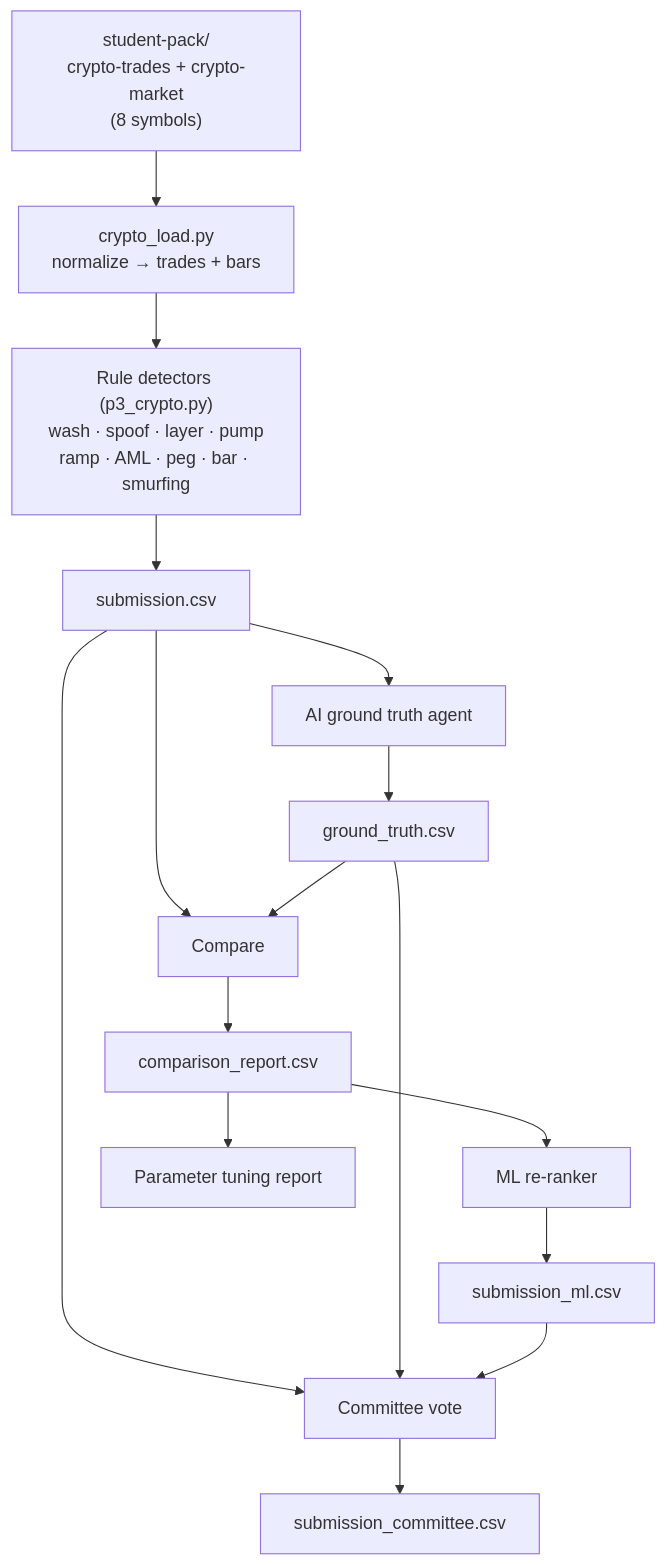
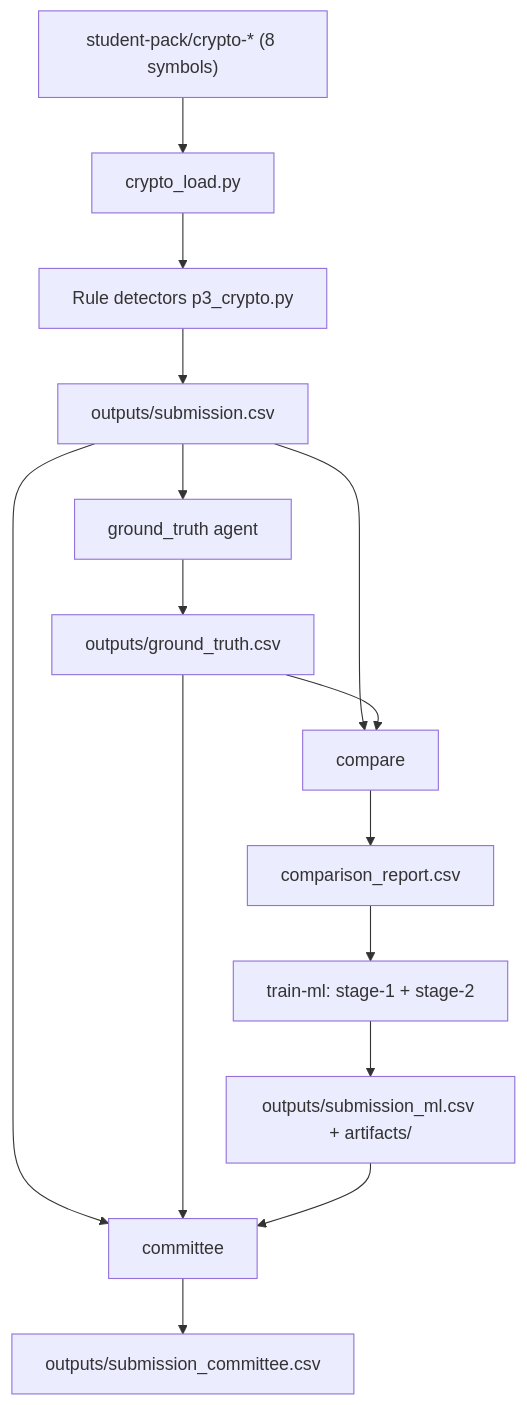
The third of 3 diagrams in README.md (Tirth-1999/trade-surveillance-platform), drawn with Mermaid before and after one commit. The commit also changed other lines of this file and 26 other files, not shown here.

````diff
--- a/README.md
+++ b/README.md
@@ -56,23 +70,22 @@
 ```mermaid
 flowchart TD
-  DATA["student-pack/<br/>crypto-trades + crypto-market<br/>(8 symbols)"]
-  LOAD[crypto_load.py<br/>normalize → trades + bars]
+  DATA["student-pack/crypto-* (8 symbols)"]
+  LOAD[crypto_load.py]
   DATA --> LOAD
-  LOAD --> R
+  LOAD --> R["Rule detectors p3_crypto.py"]
+  R --> SUB[outputs/submission.csv]
 
-  R["Rule detectors (p3_crypto.py)<br/>wash · spoof · layer · pump<br/>ramp · AML · peg · bar · smurfing"]
-  R --> SUB[submission.csv]
+  SUB --> GT[ground_truth agent]
+  GT --> GTC[outputs/ground_truth.csv]
+  SUB --> CMP[compare]
+  GTC --> CMP
+  CMP --> CR[comparison_report.csv]
 
-  SUB --> GT[AI ground truth agent]
-  GT --> GTCSV[ground_truth.csv]
-  SUB --> CMP[Compare]
-  GTCSV --> CMP
-  CMP --> CR[comparison_report.csv]
-  CR --> ML[ML re-ranker]
-  ML --> MLS[submission_ml.csv]
-  SUB --> COM[Committee vote]
-  GTCSV --> COM
+  CR --> ML[train-ml: stage-1 + stage-2]
+  ML --> MLS[outputs/submission_ml.csv + artifacts/]
+
+  SUB --> COM[committee]
+  GTC --> COM
   MLS --> COM
-  COM --> FIN[submission_committee.csv]
-  CR --> TUNE[Parameter tuning report]
+  COM --> FIN[outputs/submission_committee.csv]
 ```
````
